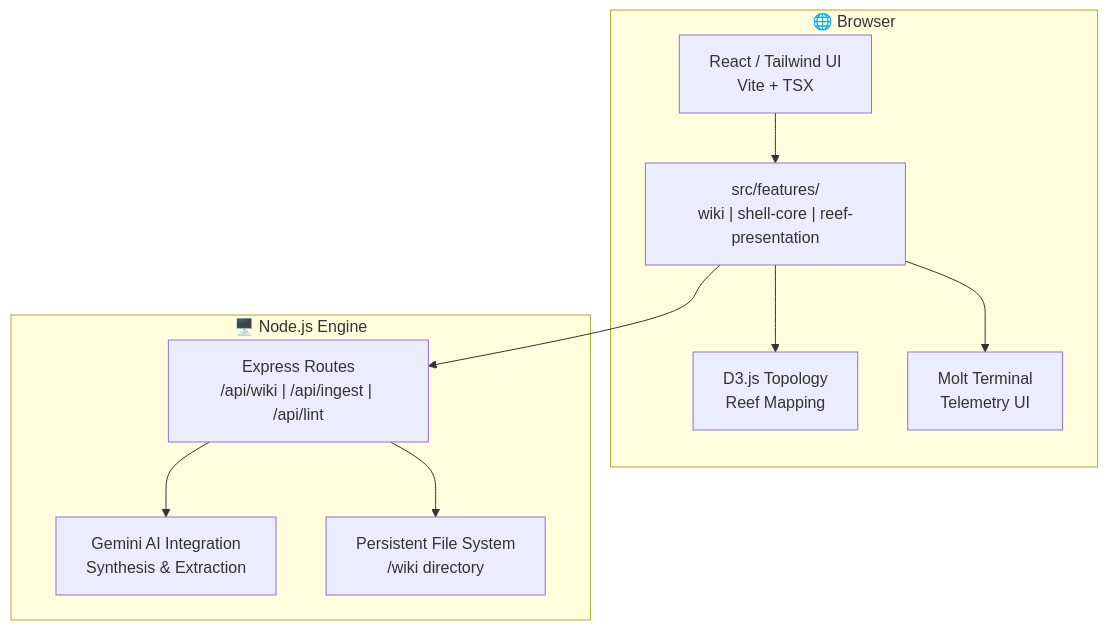
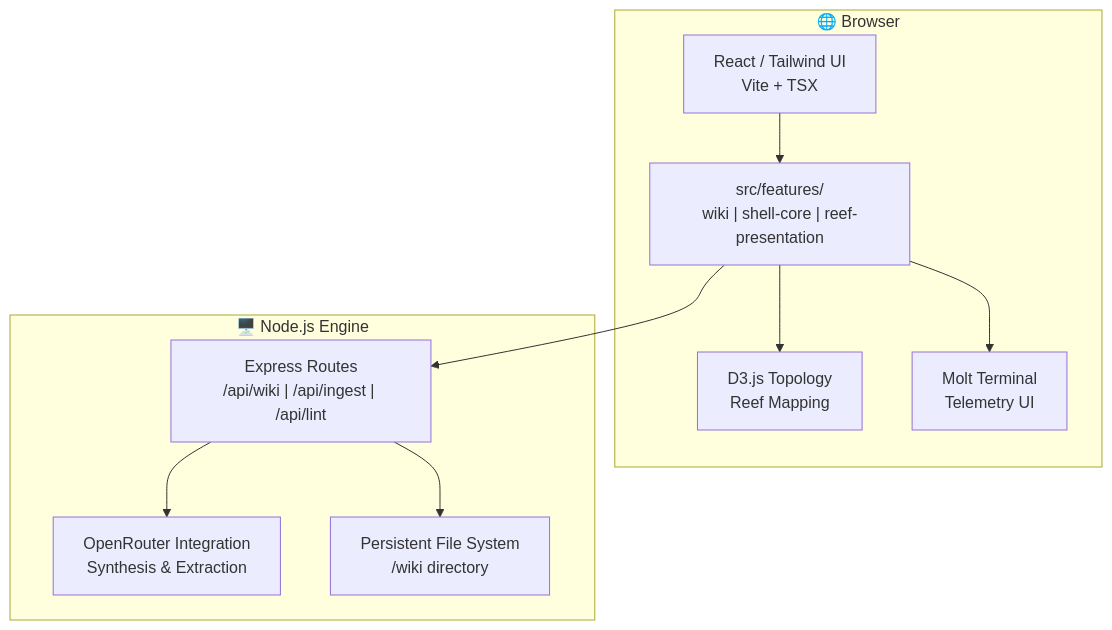
The diagram in README.md (ClawStackStudios/Lobsterpedia), drawn with Mermaid before and after one commit.

Commit message:
feat: Update LLM provider to OpenRouter
Replaces direct Gemini AI integration with OpenRouter to leverage a wider range of LLM models for synthesis and extraction tasks.

````diff
--- a/README.md
+++ b/README.md
@@ -71,22 +71,22 @@
 ```mermaid
 graph TD
     subgraph Frontend ["🌐 Browser"]
         UI["React / Tailwind UI\nVite + TSX"]
         Features["src/features/\nwiki | shell-core | reef-presentation"]
         Graph["D3.js Topology\nReef Mapping"]
         CLI["Molt Terminal\nTelemetry UI"]
     end
 
     subgraph Engine ["🖥️ Node.js Engine"]
         API["Express Routes\n/api/wiki | /api/ingest | /api/lint"]
-        LLM["Gemini AI Integration\nSynthesis & Extraction"]
+        LLM["OpenRouter Integration\nSynthesis & Extraction"]
         FS["Persistent File System\n/wiki directory"]
     end
 
     UI --> Features
     Features --> API
     API --> LLM
     API --> FS
     Features --> Graph
     Features --> CLI
 ```
````
